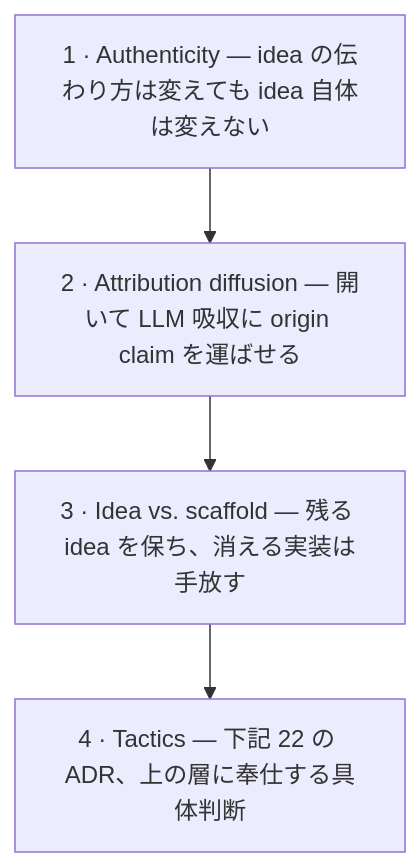
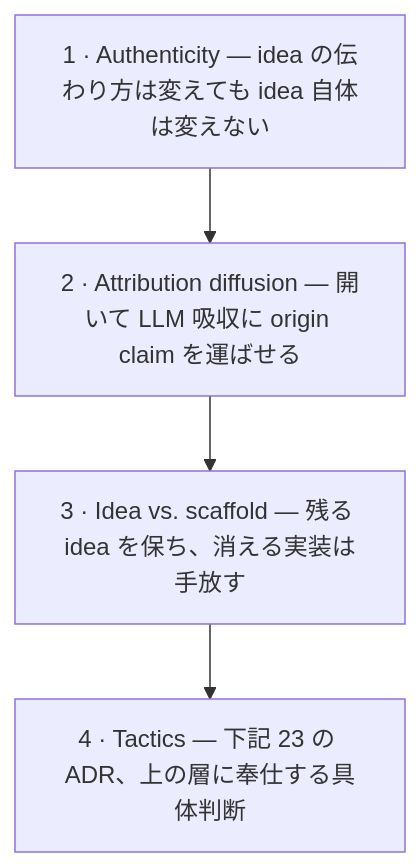
One commit to shimo4228/authorship-strategy changed the first of 2 diagrams in README.ja.md. Above: the diagram before and after it, drawn with Mermaid. The commit also changed other lines of this file and 18 other files, not shown here.

````diff
--- a/README.ja.md
+++ b/README.ja.md
@@ -29,6 +29,6 @@
 ```mermaid
 flowchart TD
     A["1 · Authenticity — idea の伝わり方は変えても idea 自体は変えない"] --> B["2 · Attribution diffusion — 開いて LLM 吸収に origin claim を運ばせる"]
     B --> C["3 · Idea vs. scaffold — 残る idea を保ち、消える実装は手放す"]
-    C --> D["4 · Tactics — 下記 22 の ADR、上の層に奉仕する具体判断"]
+    C --> D["4 · Tactics — 下記 23 の ADR、上の層に奉仕する具体判断"]
 ```
````
